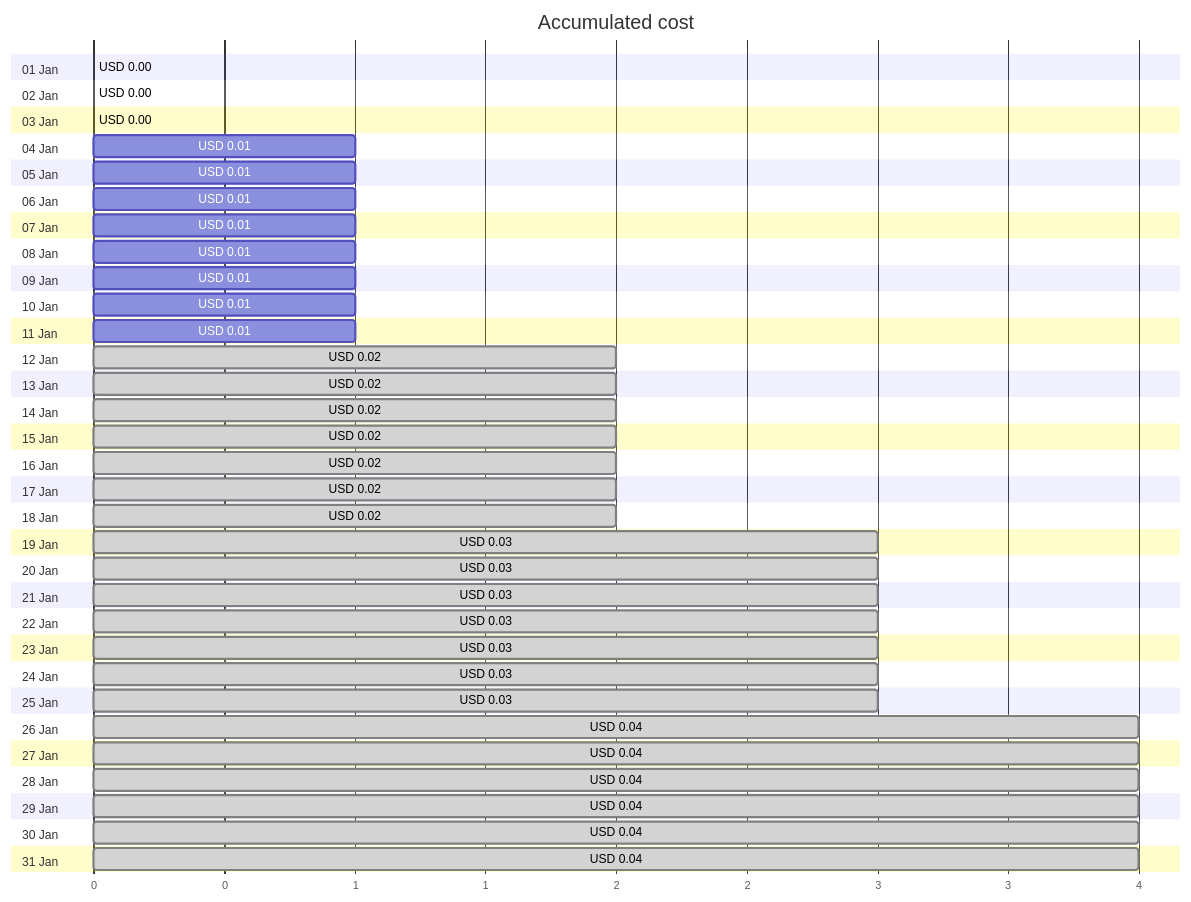
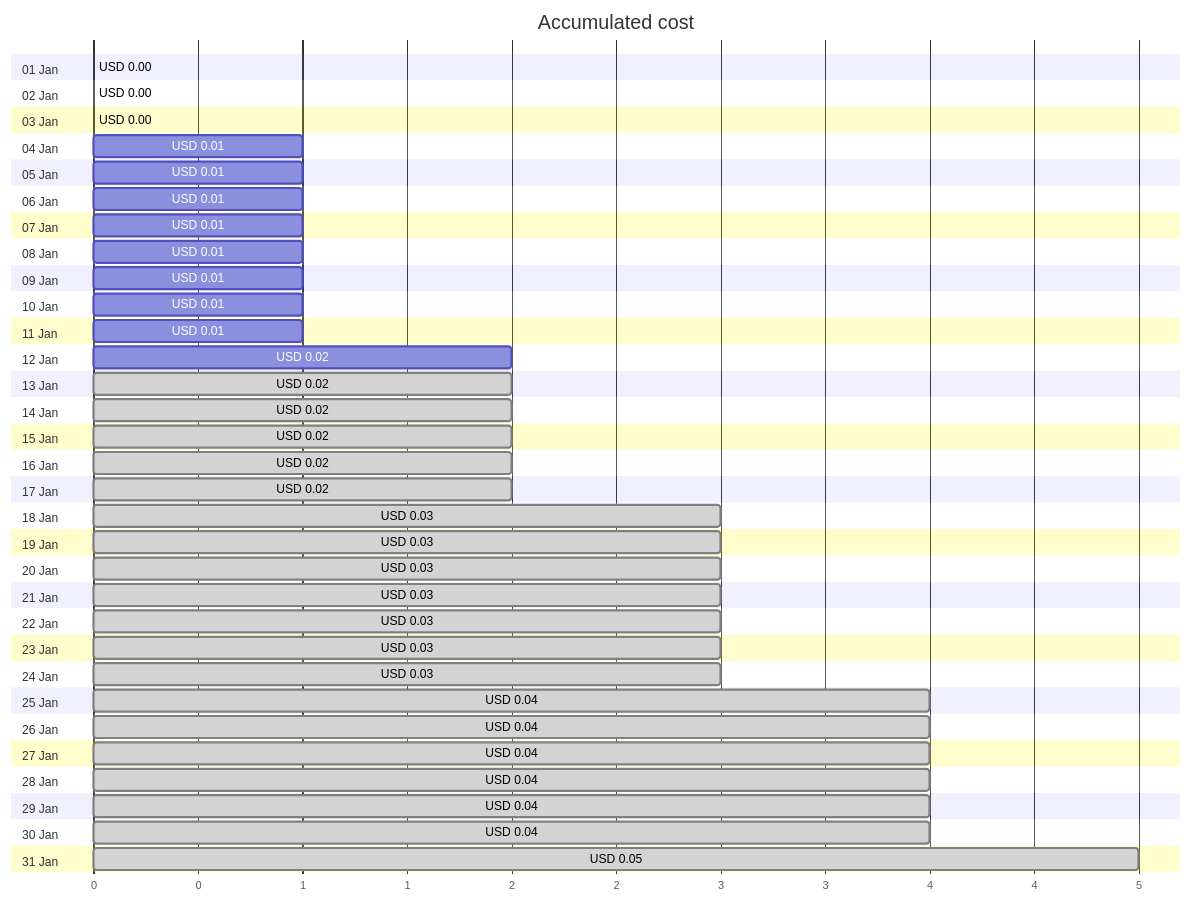
One commit to jpfulton/azure-personal-reports changed the first of 4 diagrams in cost-reports/personal-site/personalsiteapistorage.md. Above: the diagram before and after it, drawn with Mermaid. The commit also changed other lines of this file and 6 other files, not shown here.

````diff
--- a/cost-reports/personal-site/personalsiteapistorage.md
+++ b/cost-reports/personal-site/personalsiteapistorage.md
@@ -20,68 +20,68 @@
 ```mermaid
 gantt
    title Accumulated cost
    dateFormat  X
    axisFormat %s
    section 01 Jan
    USD 0.00 :0, 0
    section 02 Jan
    USD 0.00 :0, 0
    section 03 Jan
    USD 0.00 :0, 0
    section 04 Jan
    USD 0.01 :0, 1
    section 05 Jan
    USD 0.01 :0, 1
    section 06 Jan
    USD 0.01 :0, 1
    section 07 Jan
    USD 0.01 :0, 1
    section 08 Jan
    USD 0.01 :0, 1
    section 09 Jan
    USD 0.01 :0, 1
    section 10 Jan
    USD 0.01 :0, 1
    section 11 Jan
    USD 0.01 :0, 1
    section 12 Jan
-   USD 0.02 : done, 0, 2
+   USD 0.02 :0, 2
    section 13 Jan
    USD 0.02 : done, 0, 2
    section 14 Jan
    USD 0.02 : done, 0, 2
    section 15 Jan
    USD 0.02 : done, 0, 2
    section 16 Jan
    USD 0.02 : done, 0, 2
    section 17 Jan
    USD 0.02 : done, 0, 2
    section 18 Jan
-   USD 0.02 : done, 0, 2
+   USD 0.03 : done, 0, 3
    section 19 Jan
    USD 0.03 : done, 0, 3
    section 20 Jan
    USD 0.03 : done, 0, 3
    section 21 Jan
    USD 0.03 : done, 0, 3
    section 22 Jan
    USD 0.03 : done, 0, 3
    section 23 Jan
    USD 0.03 : done, 0, 3
    section 24 Jan
    USD 0.03 : done, 0, 3
    section 25 Jan
-   USD 0.03 : done, 0, 3
+   USD 0.04 : done, 0, 4
    section 26 Jan
    USD 0.04 : done, 0, 4
    section 27 Jan
    USD 0.04 : done, 0, 4
    section 28 Jan
    USD 0.04 : done, 0, 4
    section 29 Jan
    USD 0.04 : done, 0, 4
    section 30 Jan
    USD 0.04 : done, 0, 4
    section 31 Jan
-   USD 0.04 : done, 0, 4
+   USD 0.05 : done, 0, 5
 ```
````
